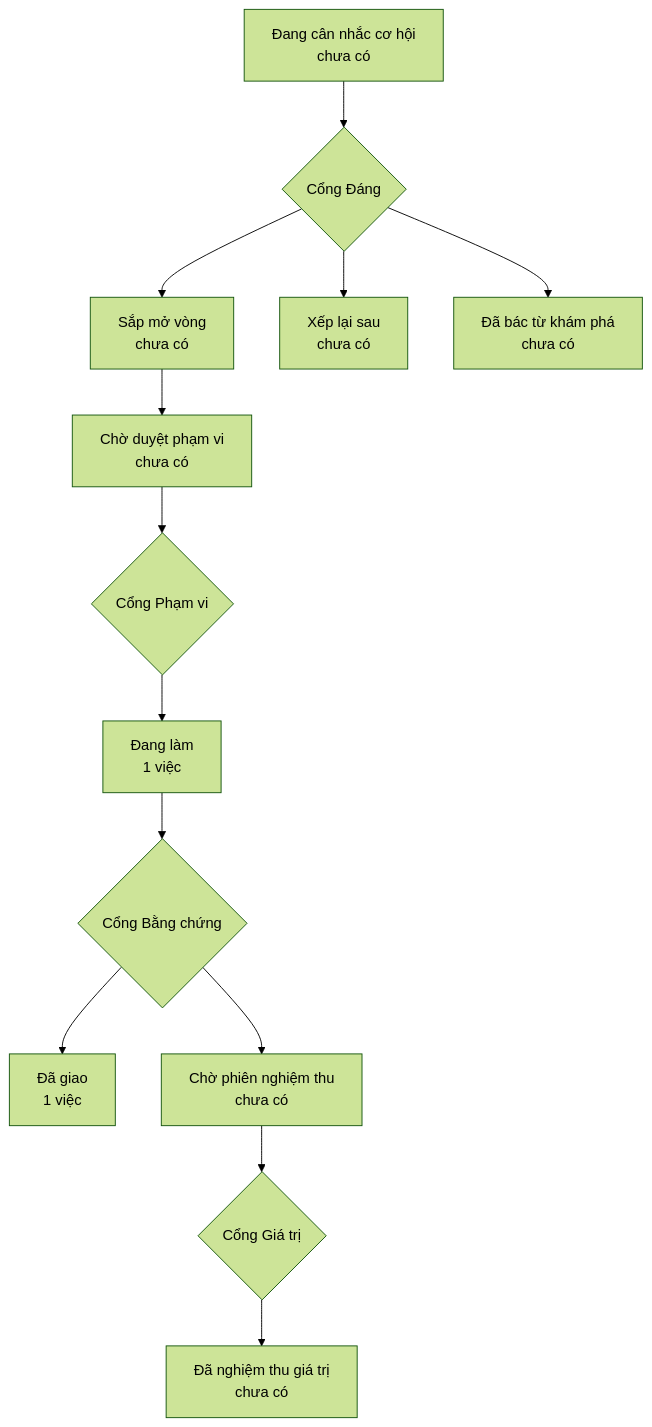
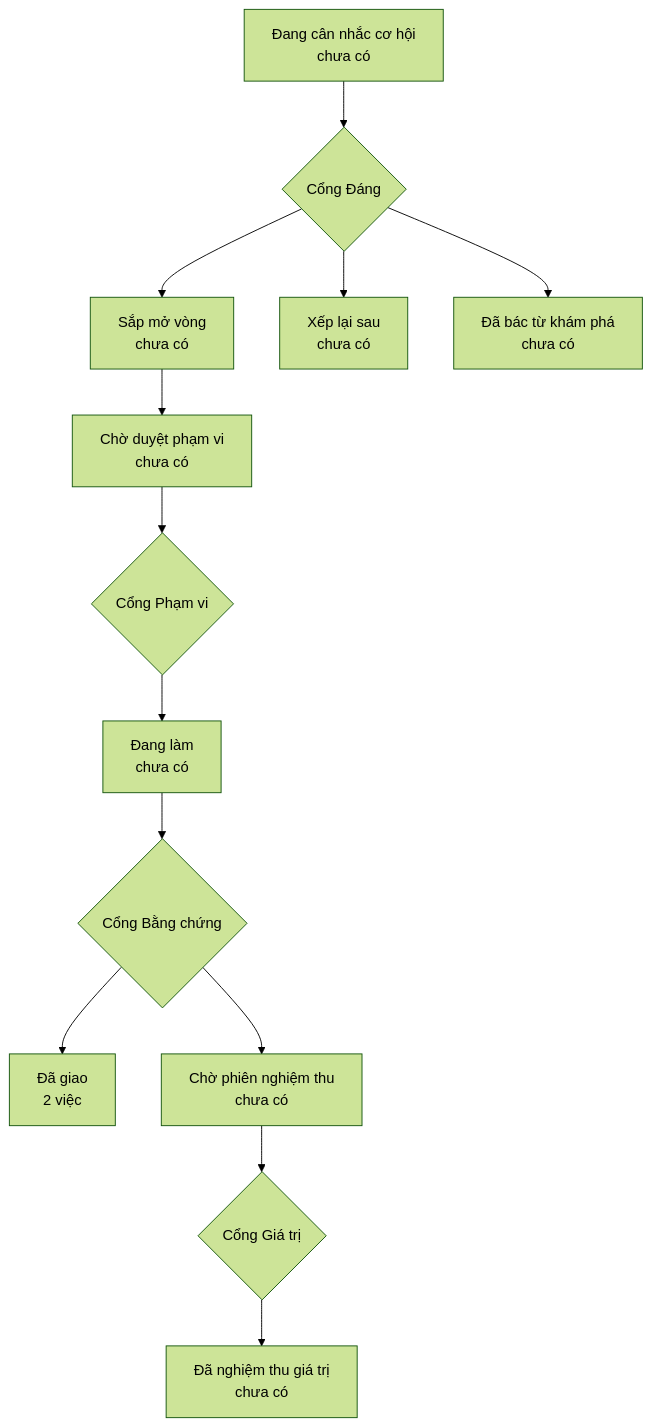
Before and after one commit to phanlemanh/crm-onehub: the diagram in PRODUCT-MAP.md, drawn with Mermaid (forest theme). The commit also changed other lines of this file and 2 other files, not shown here.

Commit message:
chore(acceptance): sign off o-cam-khai-thac-trung-tinh at gate 2
Round 2 came back PASS on all nine evals. Manh Phan signed on 2026-09-01
knowing the five items the report carries: no diffBase baseline in either
round, two criteria still sharing one exit code, the superseded block in the
older record naming the composite alias rather than the leg that grades it, an
executor key no eval binds, and two pushed commits carrying a co-author trailer
the repo rules forbid.

The verifier caught a false claim in the contract notes and refused to let it
stand: it read the round-1 harness out of git and showed the substring
collision was introduced by the round-2 extension, not latent in round 1. The
notes now say that, and the correction has its own commit.

````diff
--- a/PRODUCT-MAP.md
+++ b/PRODUCT-MAP.md
@@ -6,12 +6,12 @@
 ```mermaid
 flowchart TD
   A["Đang cân nhắc cơ hội<br/>chưa có"] --> GD{"Cổng Đáng"}
   GD --> B["Sắp mở vòng<br/>chưa có"]
   GD --> XL["Xếp lại sau<br/>chưa có"]
   GD --> DB["Đã bác từ khám phá<br/>chưa có"]
   B --> CD["Chờ duyệt phạm vi<br/>chưa có"] --> GP{"Cổng Phạm vi"}
-  GP --> DL["Đang làm<br/>1 việc"] --> GB{"Cổng Bằng chứng"}
-  GB --> DG["Đã giao<br/>1 việc"]
+  GP --> DL["Đang làm<br/>chưa có"] --> GB{"Cổng Bằng chứng"}
+  GB --> DG["Đã giao<br/>2 việc"]
   GB --> CN["Chờ phiên nghiệm thu<br/>chưa có"] --> GG{"Cổng Giá trị"}
   GG --> NT["Đã nghiệm thu giá trị<br/>chưa có"]
 ```
````
